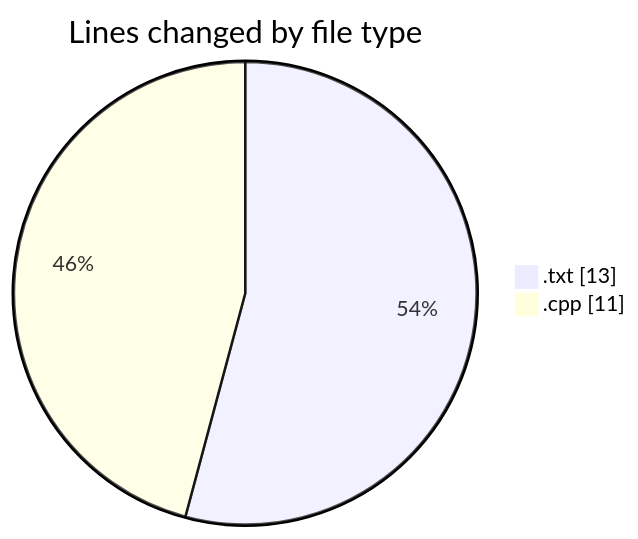
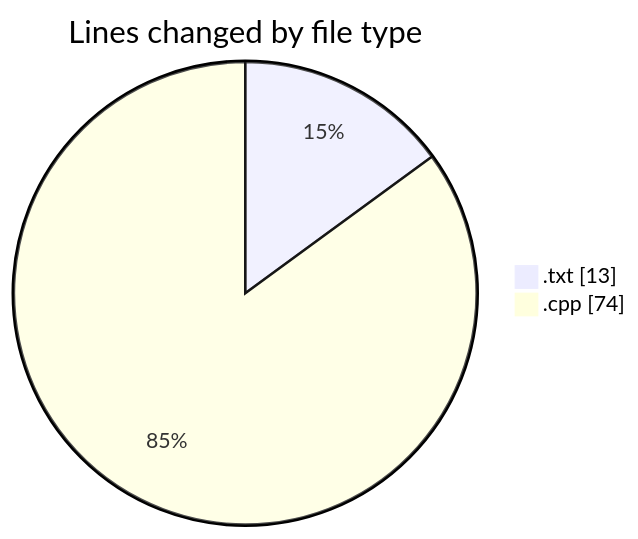
Before and after one commit to Netris89/code-tracking: the first of 2 diagrams in 2025-04-26/date/README.md, drawn with Mermaid. The commit also changed other lines of this file and 1 other file, not shown here.

````diff
--- a/2025-04-26/date/README.md
+++ b/2025-04-26/date/README.md
@@ -21,6 +21,6 @@
 ```mermaid
 pie showData
 title Lines changed by file type
 ".txt" : 13
-".cpp" : 11
+".cpp" : 74
 ```
````
